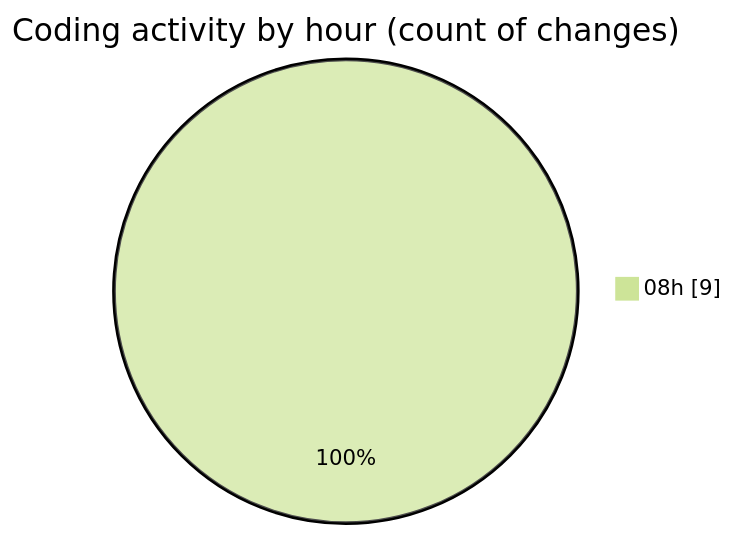
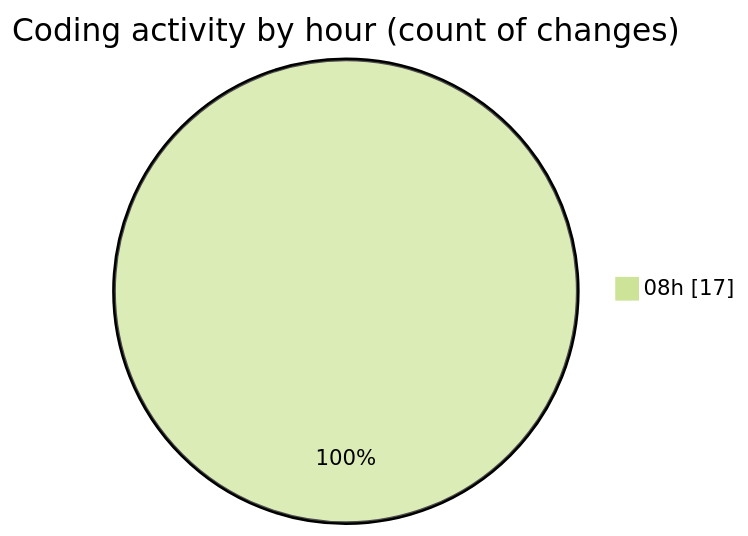
The second of 2 diagrams in 2025-02-17/mbc-web/README.md (robertbonfada/code-tracking), drawn with Mermaid (forest theme) before and after one commit. The commit also changed other lines of this file and 1 other file, not shown here.

````diff
--- a/2025-02-17/mbc-web/README.md
+++ b/2025-02-17/mbc-web/README.md
@@ -32,5 +32,5 @@
 ```mermaid
 pie showData
 title Coding activity by hour (count of changes)
-"08h" : 9
+"08h" : 17
 ```
````
